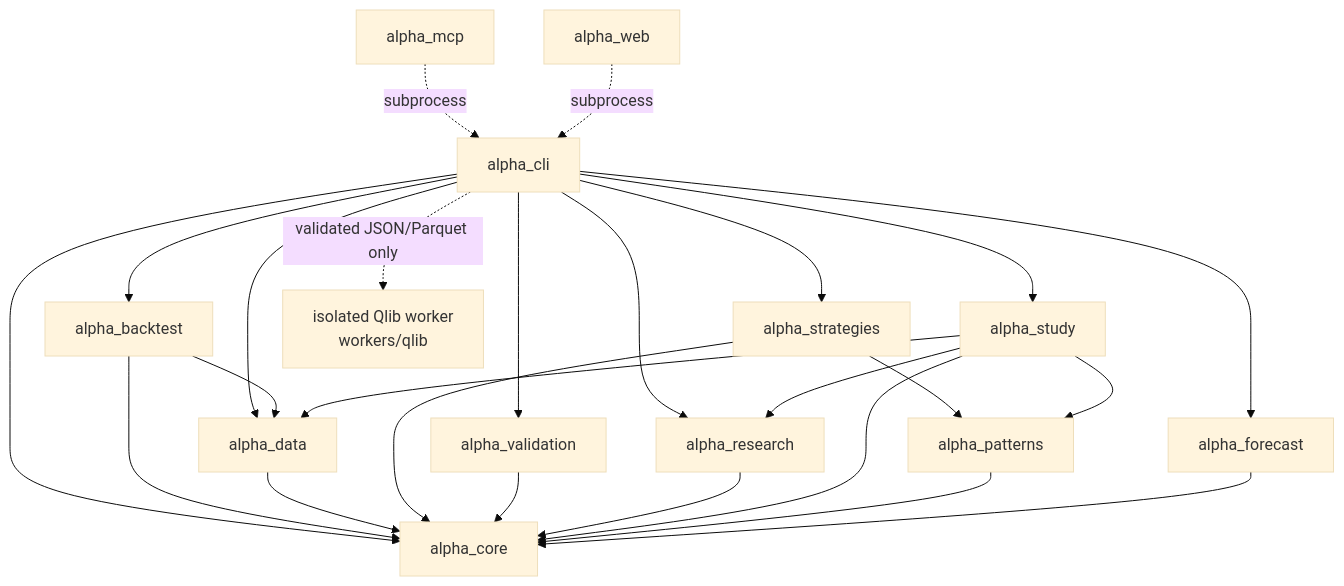
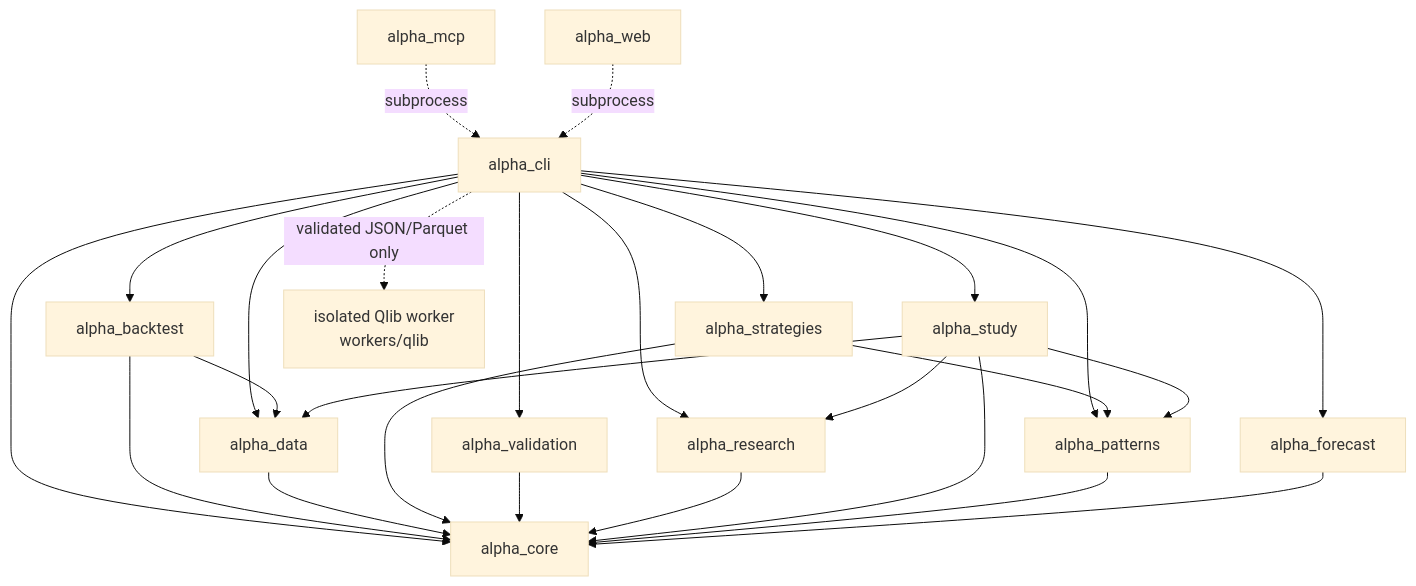
One commit to tradingsystem1880-eng/Project-ALPHA changed the first of 7 diagrams in docs/ARCHITECTURE.md. Above: the diagram before and after it, drawn with Mermaid (base theme). The commit also changed other lines of this file, not shown here.

First line of the commit message:
docs(architecture): show strategies -> patterns and add a data-directory layout table

````diff
--- a/docs/ARCHITECTURE.md
+++ b/docs/ARCHITECTURE.md
@@ -20,40 +20,41 @@
 ```mermaid
 graph TD
     mcp[alpha_mcp]
     web[alpha_web]
     cli[alpha_cli]
     bt[alpha_backtest]
     data[alpha_data]
     strat[alpha_strategies]
     val[alpha_validation]
     research[alpha_research]
     study[alpha_study]
     fc[alpha_forecast]
     core[alpha_core]
     qlib["isolated Qlib worker\nworkers/qlib"]
 
     mcp -. subprocess .-> cli
     web -. subprocess .-> cli
     cli --> bt
     cli --> data
     cli --> strat
     cli --> val
     cli --> research
     cli --> study
     cli --> fc
+    cli --> patterns
     cli --> core
     bt --> data
     bt --> core
     data --> core
     strat --> patterns
     strat --> core
     val --> core
     research --> core
     study --> core
     study --> data
     study --> patterns
     study --> research
     patterns[alpha_patterns] --> core
     fc --> core
     cli -. "validated JSON/Parquet only" .-> qlib
 ```
````
